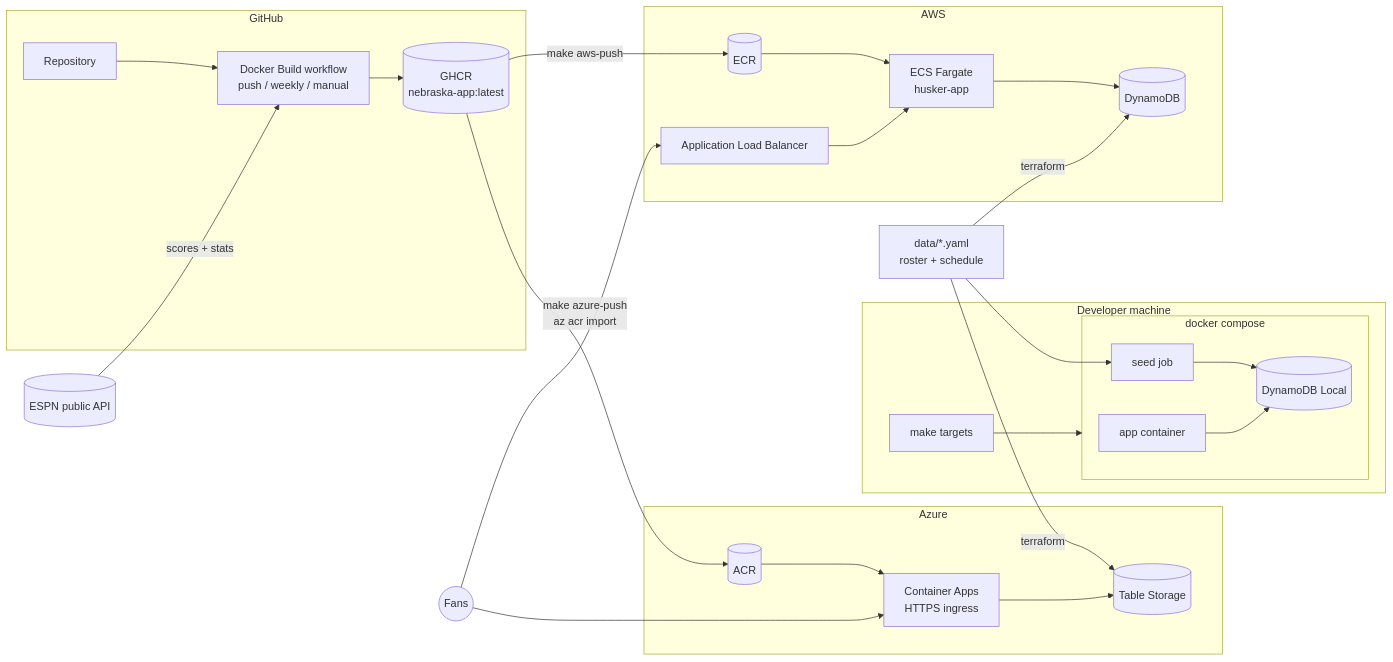
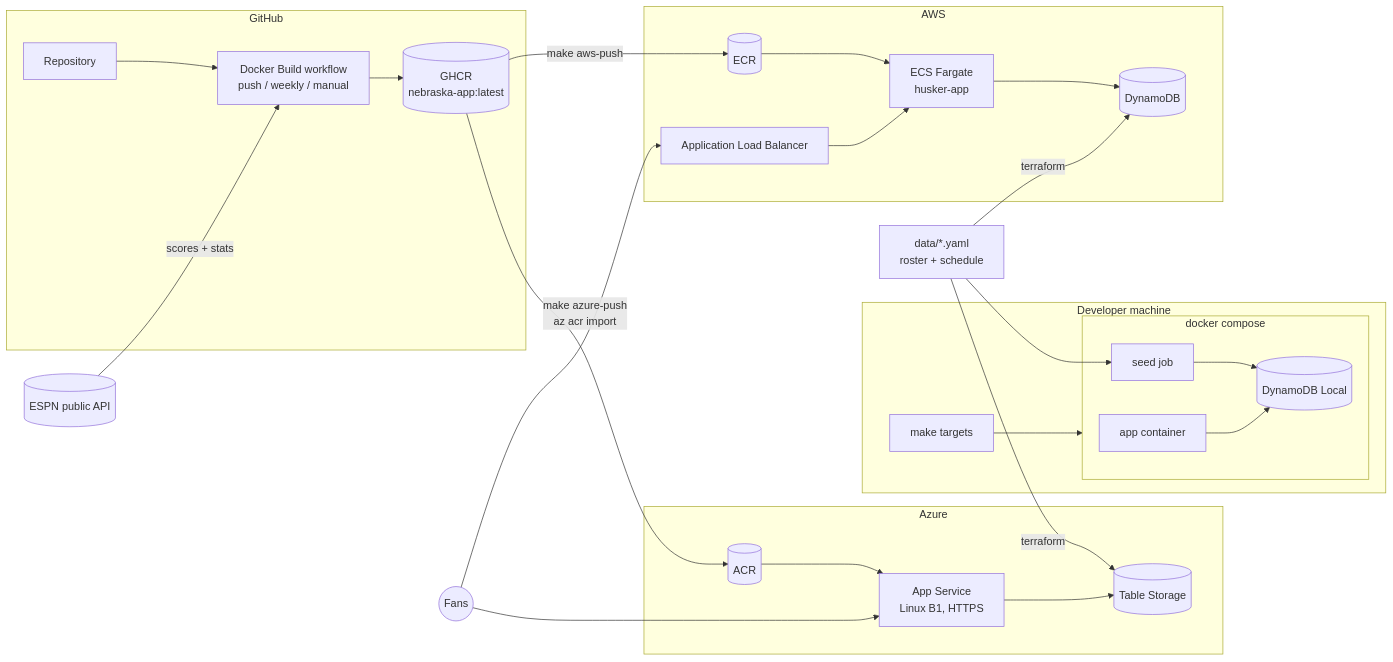
The first of 4 diagrams in README.md (kclinden/nebraska-app), drawn with Mermaid before and after one commit. The commit also changed other lines of this file and 5 other files, not shown here.

First line of the commit message:
Azure: switch from Container Apps to App Service

````diff
--- a/README.md
+++ b/README.md
@@ -29,37 +29,37 @@
 ```mermaid
 flowchart LR
     ESPN[(ESPN public API)]
     subgraph GH[GitHub]
         Repo[Repository] --> GHA[Docker Build workflow<br/>push / weekly / manual]
         GHA --> GHCR[(GHCR<br/>nebraska-app:latest)]
     end
     ESPN -- scores + stats --> GHA
 
     subgraph Dev[Developer machine]
         Make[make targets]
         subgraph Compose[docker compose]
             LocalApp[app container] --> DDBL[(DynamoDB Local)]
             Seed[seed job] --> DDBL
         end
     end
     Data[data/*.yaml<br/>roster + schedule] --> Seed
 
     subgraph AWS
         ALB[Application Load Balancer] --> ECS[ECS Fargate<br/>husker-app]
         ECR[(ECR)] --> ECS
         ECS --> DDB[(DynamoDB)]
     end
 
     subgraph Azure
-        ACA[Container Apps<br/>HTTPS ingress] --> Tables[(Table Storage)]
+        ACA[App Service<br/>Linux B1, HTTPS] --> Tables[(Table Storage)]
         ACR[(ACR)] --> ACA
     end
 
     GHCR -- make aws-push --> ECR
     GHCR -- make azure-push<br/>az acr import --> ACR
     Data -- terraform --> DDB
     Data -- terraform --> Tables
     Make --> Compose
     Users((Fans)) --> ALB
     Users --> ACA
 ```
````
